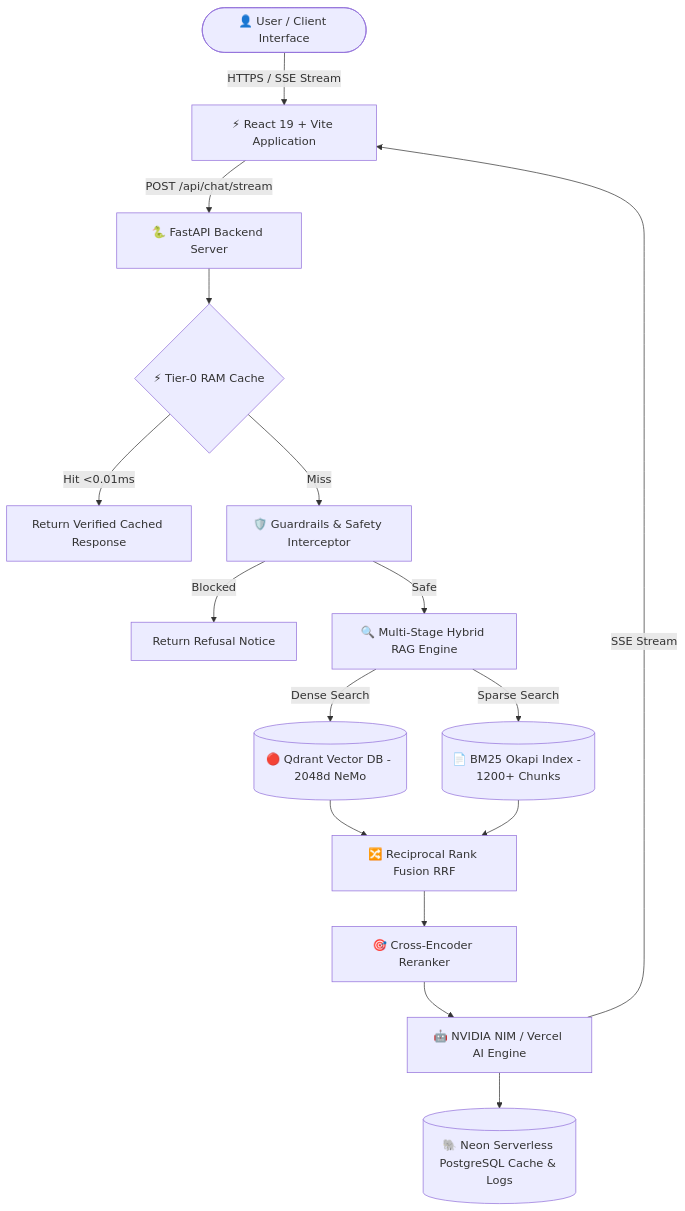
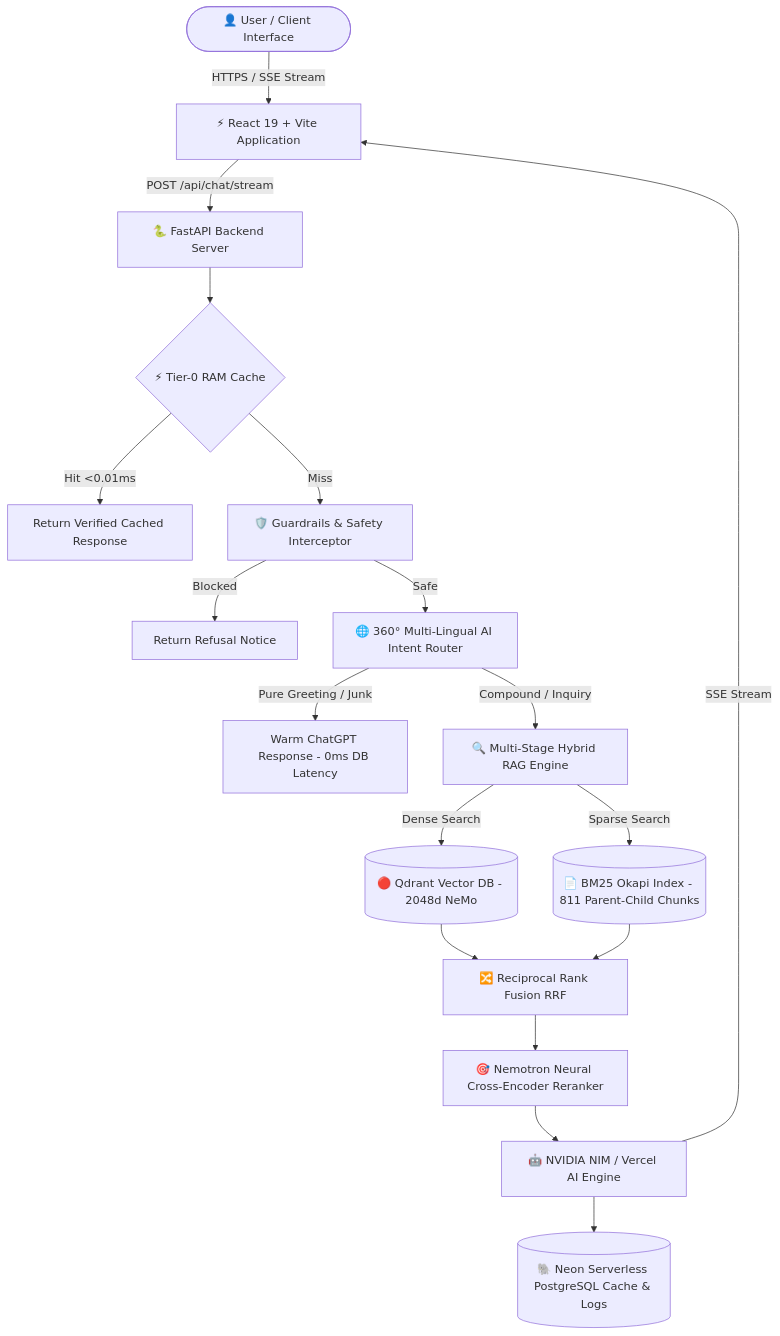
The diagram in README.md (hackerstudent29/nvidia-powered-rag), drawn with Mermaid before and after one commit. The commit also changed other lines of this file and 1 other file, not shown here.

Commit message:
docs: update README and llms.txt with 2500-char parent-child chunking, 360-degree AI intent router, and system reset sync specs

````diff
--- a/README.md
+++ b/README.md
@@ -58,24 +65,27 @@
 ```mermaid
 graph TD
     User([👤 User / Client Interface]) -->|HTTPS / SSE Stream| Frontend[⚡ React 19 + Vite Application]
     Frontend -->|POST /api/chat/stream| Backend[🐍 FastAPI Backend Server]
     
     Backend --> Tier0{⚡ Tier-0 RAM Cache}
     Tier0 -->|Hit <0.01ms| ReturnCache[Return Verified Cached Response]
     Tier0 -->|Miss| Guardrails[🛡️ Guardrails & Safety Interceptor]
     
     Guardrails -->|Blocked| Refusal[Return Refusal Notice]
-    Guardrails -->|Safe| HybridRAG[🔍 Multi-Stage Hybrid RAG Engine]
+    Guardrails -->|Safe| IntentRouter[🌐 360° Multi-Lingual AI Intent Router]
+    
+    IntentRouter -->|Pure Greeting / Junk| DirectConv[Warm ChatGPT Response - 0ms DB Latency]
+    IntentRouter -->|Compound / Inquiry| HybridRAG[🔍 Multi-Stage Hybrid RAG Engine]
     
     HybridRAG -->|Dense Search| Qdrant[(🔴 Qdrant Vector DB - 2048d NeMo)]
-    HybridRAG -->|Sparse Search| BM25[(📄 BM25 Okapi Index - 1200+ Chunks)]
+    HybridRAG -->|Sparse Search| BM25[(📄 BM25 Okapi Index - 811 Parent-Child Chunks)]
     
     Qdrant --> RRF[🔀 Reciprocal Rank Fusion RRF]
     BM25 --> RRF
     
-    RRF --> Reranker[🎯 Cross-Encoder Reranker]
+    RRF --> Reranker[🎯 Nemotron Neural Cross-Encoder Reranker]
     Reranker --> LLMSynthesis[🤖 NVIDIA NIM / Vercel AI Engine]
     
     LLMSynthesis --> NeonDB[(🐘 Neon Serverless PostgreSQL Cache & Logs)]
     LLMSynthesis -->|SSE Stream| Frontend
 ```
````
